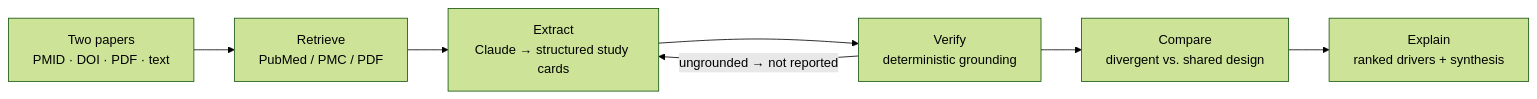
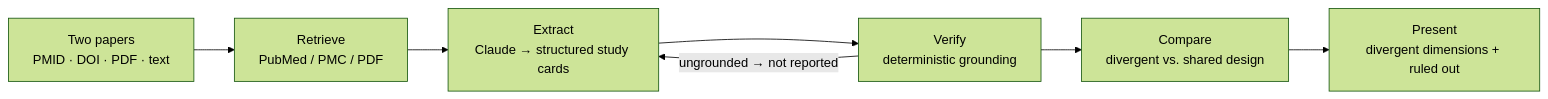
The diagram in README.md (nickjlamb/studydiff), drawn with Mermaid (forest theme) before and after one commit. The commit also changed other lines of this file and 11 other files, not shown here.

````diff
--- a/README.md
+++ b/README.md
@@ -71,9 +120,9 @@
 ```mermaid
 flowchart LR
   IN["Two papers<br/>PMID · DOI · PDF · text"] --> R["Retrieve<br/>PubMed / PMC / PDF"]
   R --> E["Extract<br/>Claude → structured study cards"]
   E --> V["Verify<br/>deterministic grounding"]
   V -- "ungrounded → not reported" --> E
   V --> C["Compare<br/>divergent vs. shared design"]
-  C --> X["Explain<br/>ranked drivers + synthesis"]
+  C --> X["Present<br/>divergent dimensions + ruled out"]
 ```
````
